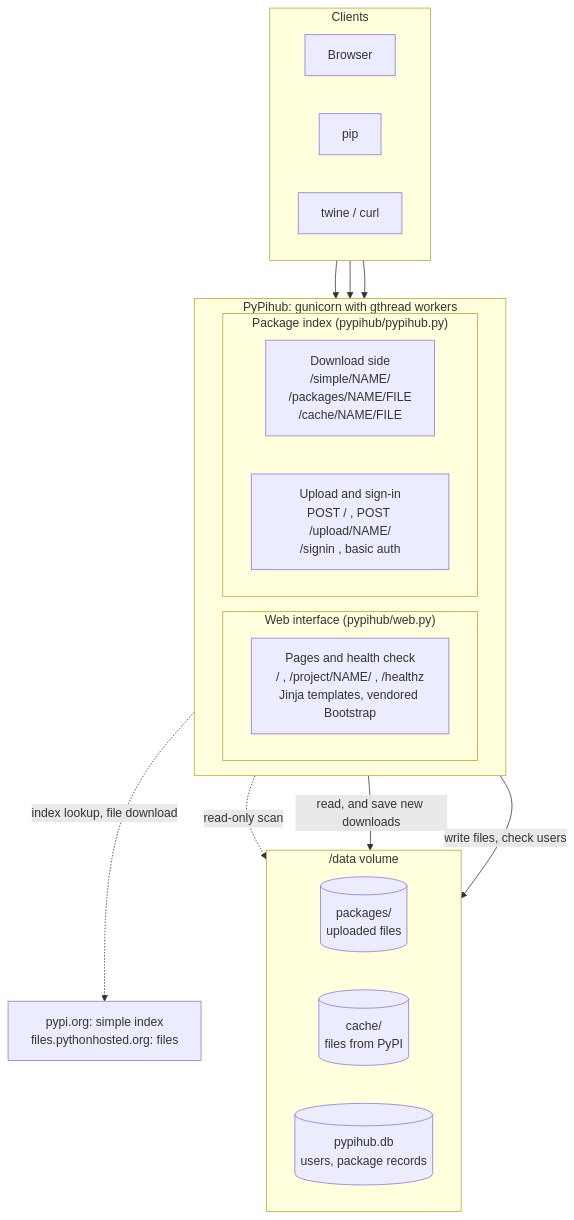
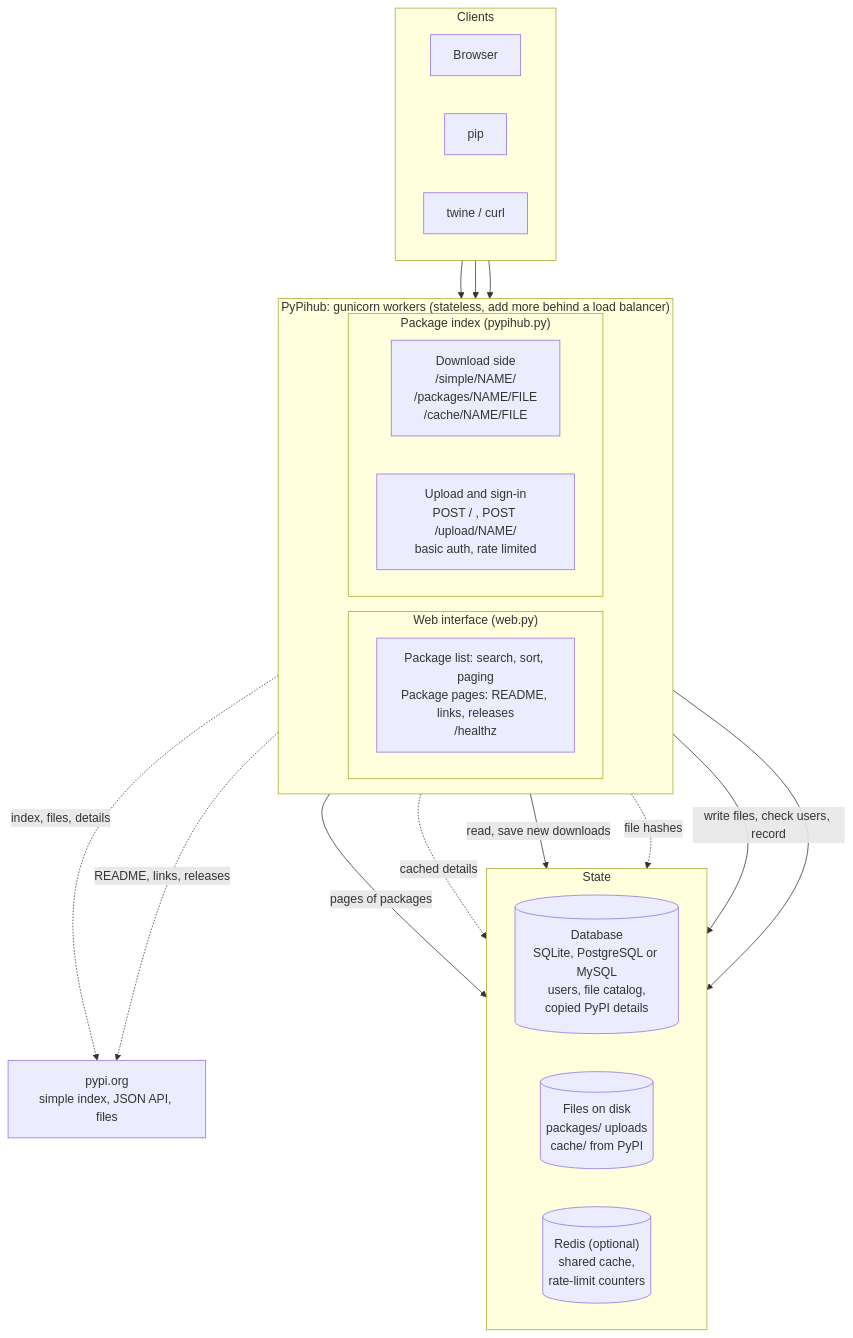
One commit to cumulus13/pypihub_flask changed the first of 3 diagrams in README.md. Above: the diagram before and after it, drawn with Mermaid. The commit also changed other lines of this file and 34 other files, not shown here.

````diff
--- a/README.md
+++ b/README.md
@@ -22,37 +22,41 @@
 ```mermaid
 flowchart TB
     subgraph Clients
         direction LR
         B["Browser"]
         P["pip"]
         T["twine / curl"]
     end
 
-    subgraph Server["PyPihub: gunicorn with gthread workers"]
+    subgraph Server["PyPihub: gunicorn workers (stateless, add more behind a load balancer)"]
         direction LR
-        subgraph UI["Web interface (pypihub/web.py)"]
-            V["Pages and health check<br/>/ , /project/NAME/ , /healthz<br/>Jinja templates, vendored Bootstrap"]
+        subgraph UI["Web interface (web.py)"]
+            V["Package list: search, sort, paging<br/>Package pages: README, links, releases<br/>/healthz"]
         end
-        subgraph Index["Package index (pypihub/pypihub.py)"]
+        subgraph Index["Package index (pypihub.py)"]
             S["Download side<br/>/simple/NAME/<br/>/packages/NAME/FILE<br/>/cache/NAME/FILE"]
-            U["Upload and sign-in<br/>POST / , POST /upload/NAME/<br/>/signin , basic auth"]
+            U["Upload and sign-in<br/>POST / , POST /upload/NAME/<br/>basic auth, rate limited"]
         end
     end
 
-    subgraph Data["/data volume"]
+    subgraph State["State"]
         direction LR
-        L[("packages/<br/>uploaded files")]
-        C[("cache/<br/>files from PyPI")]
-        D[("pypihub.db<br/>users, package records")]
+        DB[("Database<br/>SQLite, PostgreSQL or MySQL<br/>users, file catalog,<br/>copied PyPI details")]
+        FS[("Files on disk<br/>packages/ uploads<br/>cache/ from PyPI")]
+        R[("Redis (optional)<br/>shared cache,<br/>rate-limit counters")]
     end
 
-    X["pypi.org: simple index<br/>files.pythonhosted.org: files"]
+    X["pypi.org<br/>simple index, JSON API, files"]
 
     B --> V
     P --> S
     T --> U
-    V -. "read-only scan" .-> Data
-    S -- "read, and save new downloads" --> Data
-    U -- "write files, check users" --> Data
-    S -. "index lookup, file download" .-> X
+    V -- "pages of packages" --> DB
+    V -. "cached details" .-> R
+    S -- "read, save new downloads" --> FS
+    S -. "file hashes" .-> DB
+    U -- "write files, check users, record" --> FS
+    U --> DB
+    S -. "index, files, details" .-> X
+    V -. "README, links, releases" .-> X
 ```
````
